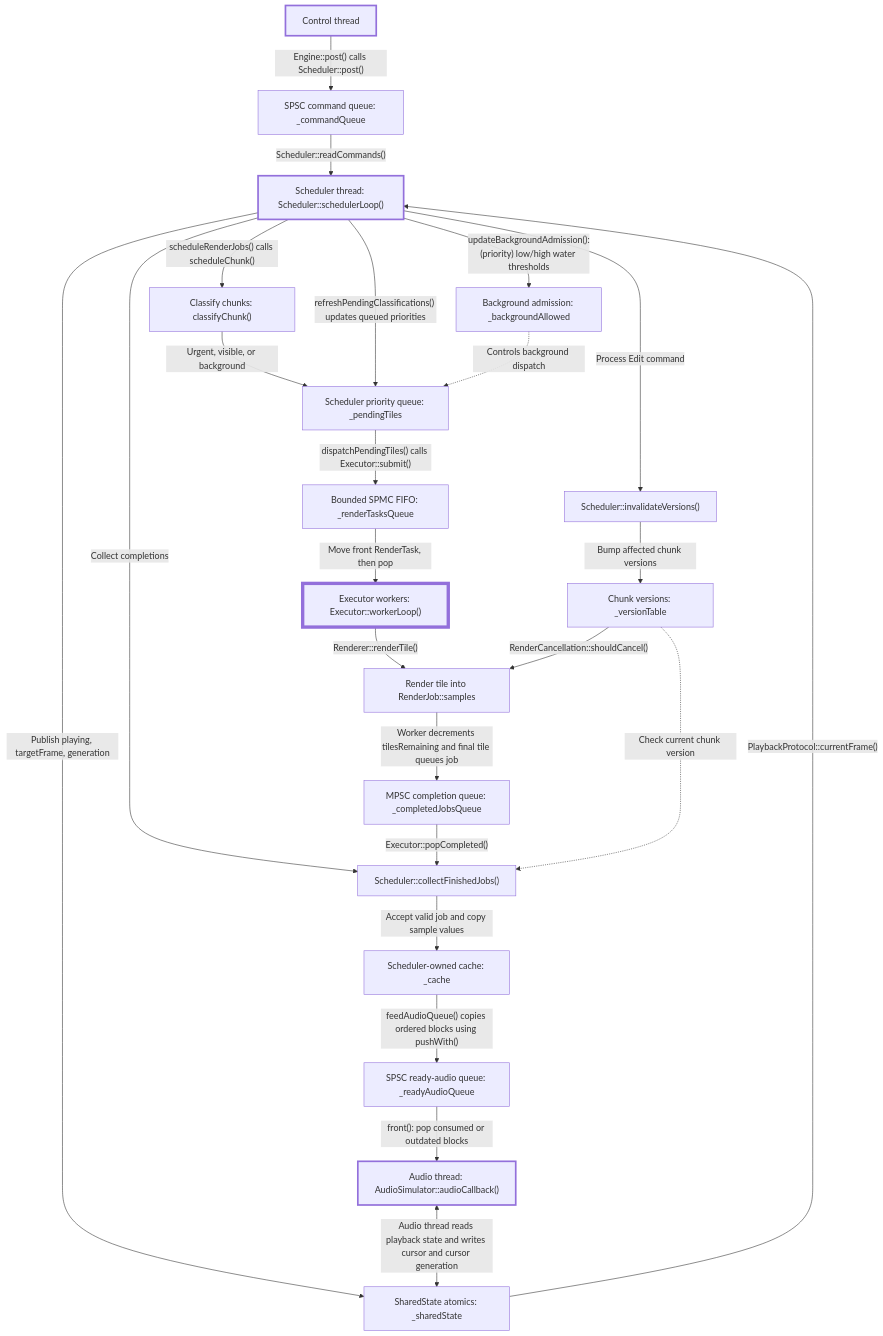
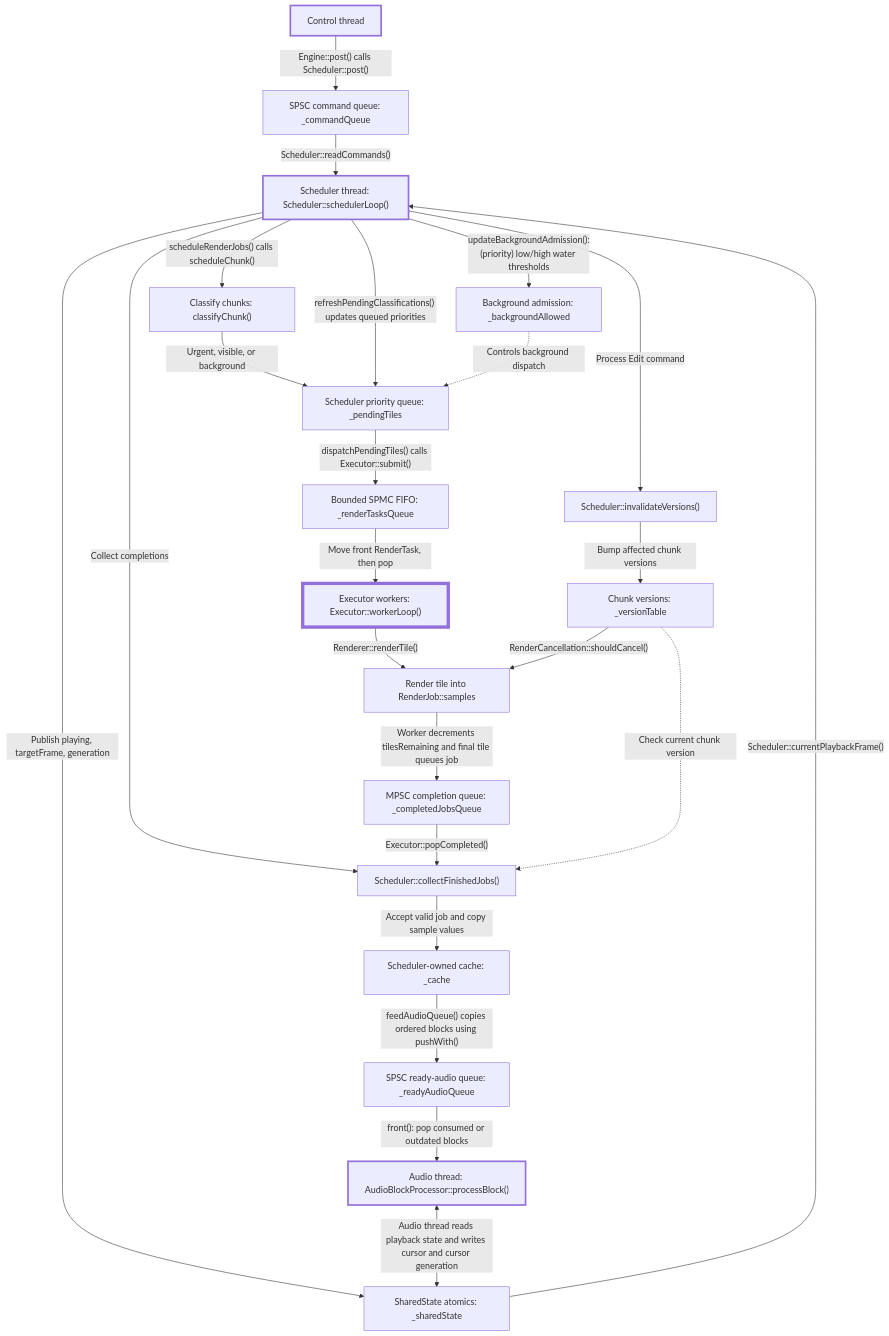
The diagram in README.md (ChristosKonstantas/anasa), drawn with Mermaid before and after one commit. The commit also changed 6 other files, not shown here.

````diff
--- a/README.md
+++ b/README.md
@@ -35,62 +35,62 @@
 ```mermaid
 flowchart TD
 
     Control["Control thread"]
     CommandQueue["SPSC command queue: _commandQueue"]
     Scheduler["Scheduler thread: Scheduler::schedulerLoop()"]
 
     Control -->|"Engine::post() calls Scheduler::post()"| CommandQueue
     CommandQueue -->|"Scheduler::readCommands()"| Scheduler
 
     ExecutorQueue["Bounded SPMC FIFO: _renderTasksQueue"]
     Workers["Executor workers: Executor::workerLoop()"]
     Render["Render tile into RenderJob::samples"]
     CompletionQueue["MPSC completion queue: _completedJobsQueue"]
 
         Classify["Classify chunks: classifyChunk()"]
     Pending["Scheduler priority queue: _pendingTiles"]
 
     Scheduler -->|"scheduleRenderJobs() calls scheduleChunk()"| Classify
     Classify -->|"Urgent, visible, or background"| Pending
     Scheduler -->|"refreshPendingClassifications() updates queued priorities"| Pending
     Pending -->|"dispatchPendingTiles() calls Executor::submit()"| ExecutorQueue
     ExecutorQueue -->|"Move front RenderTask, then pop"| Workers
     Workers -->|"Renderer::renderTile()"| Render
     Render -->|"Worker decrements tilesRemaining and final tile queues job"| CompletionQueue
     Admission["Background admission: _backgroundAllowed"]
 
     Scheduler -->|"updateBackgroundAdmission():(priority) low/high water thresholds"| Admission
     Admission -.->|"Controls background dispatch"| Pending
     Cache["Scheduler-owned cache: _cache"]
     ReadyQueue["SPSC ready-audio queue: _readyAudioQueue"]
-    Audio["Audio thread: AudioSimulator::audioCallback()"]
+    Audio["Audio thread: AudioBlockProcessor::processBlock()"]
 
     Cache -->|"feedAudioQueue() copies ordered blocks using pushWith()"| ReadyQueue
     ReadyQueue -->|"front(): pop consumed or outdated blocks"| Audio
 
     Shared["SharedState atomics: _sharedState"]
 
     Scheduler -->|"Publish playing, targetFrame, generation"| Shared
-    Shared -->|"PlaybackProtocol::currentFrame()"| Scheduler
+    Shared -->|"Scheduler::currentPlaybackFrame()"| Scheduler
 
     Audio <-->|"Audio thread reads playback state and writes cursor and cursor generation"| Shared
 
     Versions["Chunk versions: _versionTable"]
 
     Versions -->|"RenderCancellation::shouldCancel()"| Render
 
        Collect["Scheduler::collectFinishedJobs()"]
     Invalidate["Scheduler::invalidateVersions()"]
 
     Scheduler -->|"Collect completions"| Collect
     CompletionQueue -->|"Executor::popCompleted()"| Collect
     Versions -.->|"Check current chunk version"| Collect
     Collect -->|"Accept valid job and copy sample values"| Cache
     Scheduler -->|"Process Edit command"| Invalidate
     Invalidate -->|"Bump affected chunk versions"| Versions
     classDef thread stroke-width:3px;
     classDef threadPool stroke-width:6px;
 
     class Control,Scheduler,Audio thread;
     class Workers threadPool;
 ```
````
